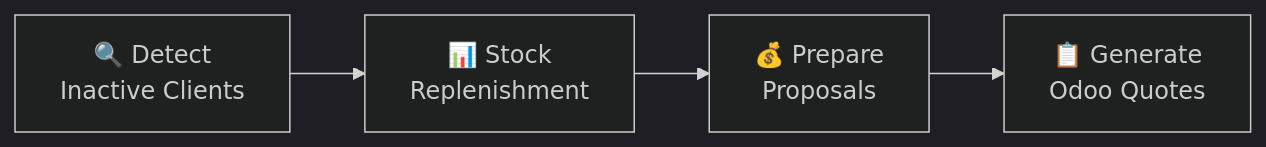
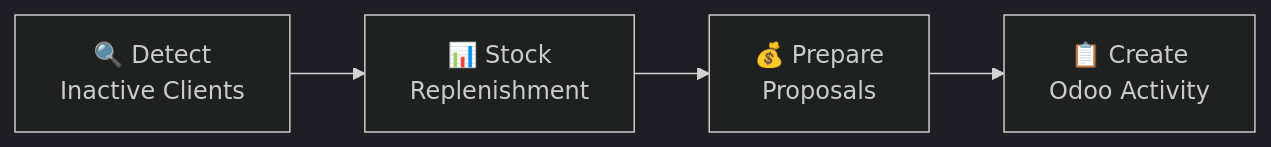
One commit to dimitrileduc/auto-proposal changed the diagram in README.md. Above: the diagram before and after it, drawn with Mermaid (dark theme). The commit also changed other lines of this file and 117 other files, not shown here.

````diff
--- a/README.md
+++ b/README.md
@@ -15,6 +15,6 @@
 ```mermaid
 flowchart LR
     A["🔍 Detect<br/>Inactive Clients"] --> B["📊 Stock<br/>Replenishment"]
     B --> C["💰 Prepare<br/>Proposals"]
-    C --> D["📋 Generate<br/>Odoo Quotes"]
+    C --> D["📋 Create<br/>Odoo Activity"]
 ```
````
